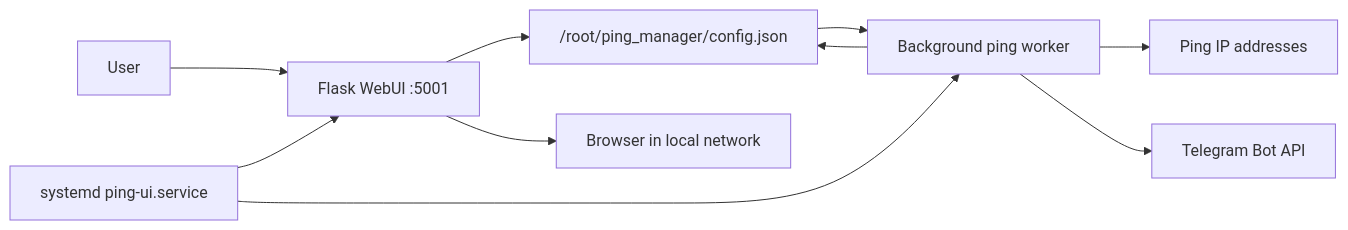
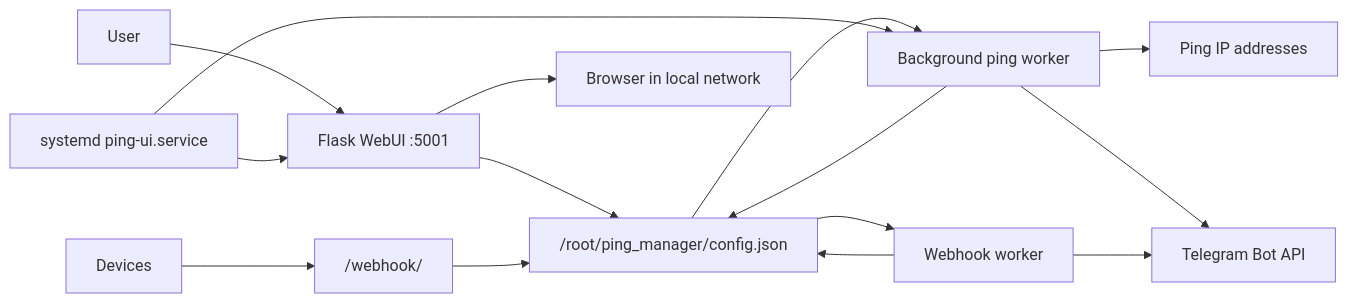
One commit to niiv0832/ping_manager changed the diagram in README_EN.md. Above: the diagram before and after it, drawn with Mermaid. The commit also changed other lines of this file and 6 other files, not shown here.

````diff
--- a/README_EN.md
+++ b/README_EN.md
@@ -49,12 +54,17 @@
 ```mermaid
 flowchart LR
     U["User"] --> W["Flask WebUI :5001"]
     W --> C["/root/ping_manager/config.json"]
     P["Background ping worker"] --> C
+    R["Webhook worker"] --> C
     P --> H["Ping IP addresses"]
+    D["Devices"] --> E["/webhook/<token>"]
+    E --> C
     P --> T["Telegram Bot API"]
+    R --> T
     C --> P
+    C --> R
     W --> B["Browser in local network"]
     S["systemd ping-ui.service"] --> W
     S --> P
 ```
````
